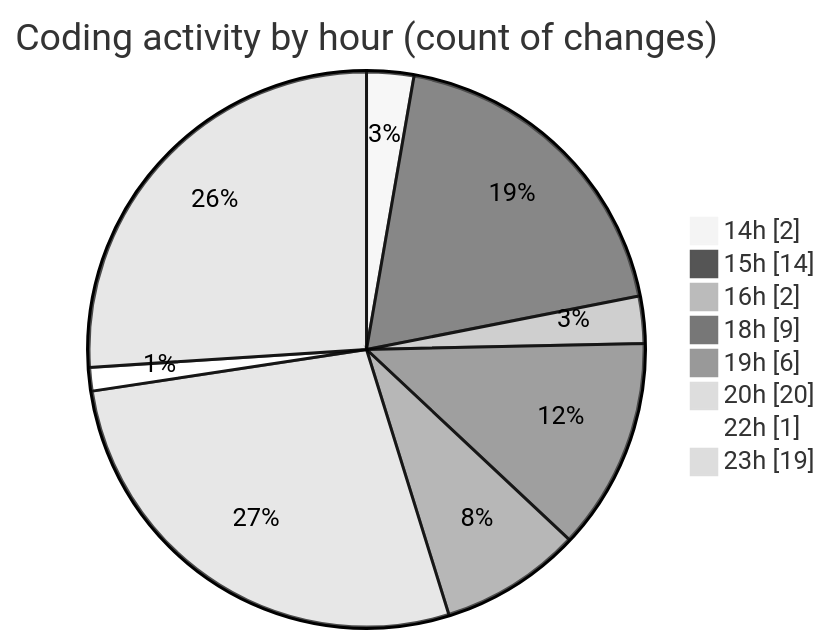
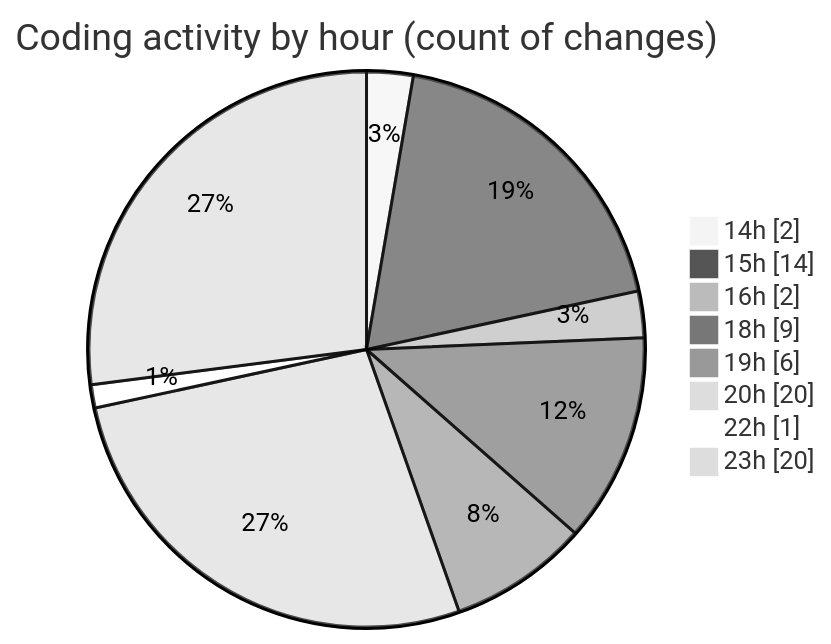
Before and after one commit to Netris89/code-tracking: the second of 2 diagrams in 2025-03-21/back-end/README.md, drawn with Mermaid (neutral theme). The commit also changed other lines of this file and 1 other file, not shown here.

````diff
--- a/2025-03-21/back-end/README.md
+++ b/2025-03-21/back-end/README.md
@@ -33,12 +33,12 @@
 ```mermaid
 pie showData
 title Coding activity by hour (count of changes)
 "14h" : 2
 "15h" : 14
 "16h" : 2
 "18h" : 9
 "19h" : 6
 "20h" : 20
 "22h" : 1
-"23h" : 19
+"23h" : 20
 ```
````
